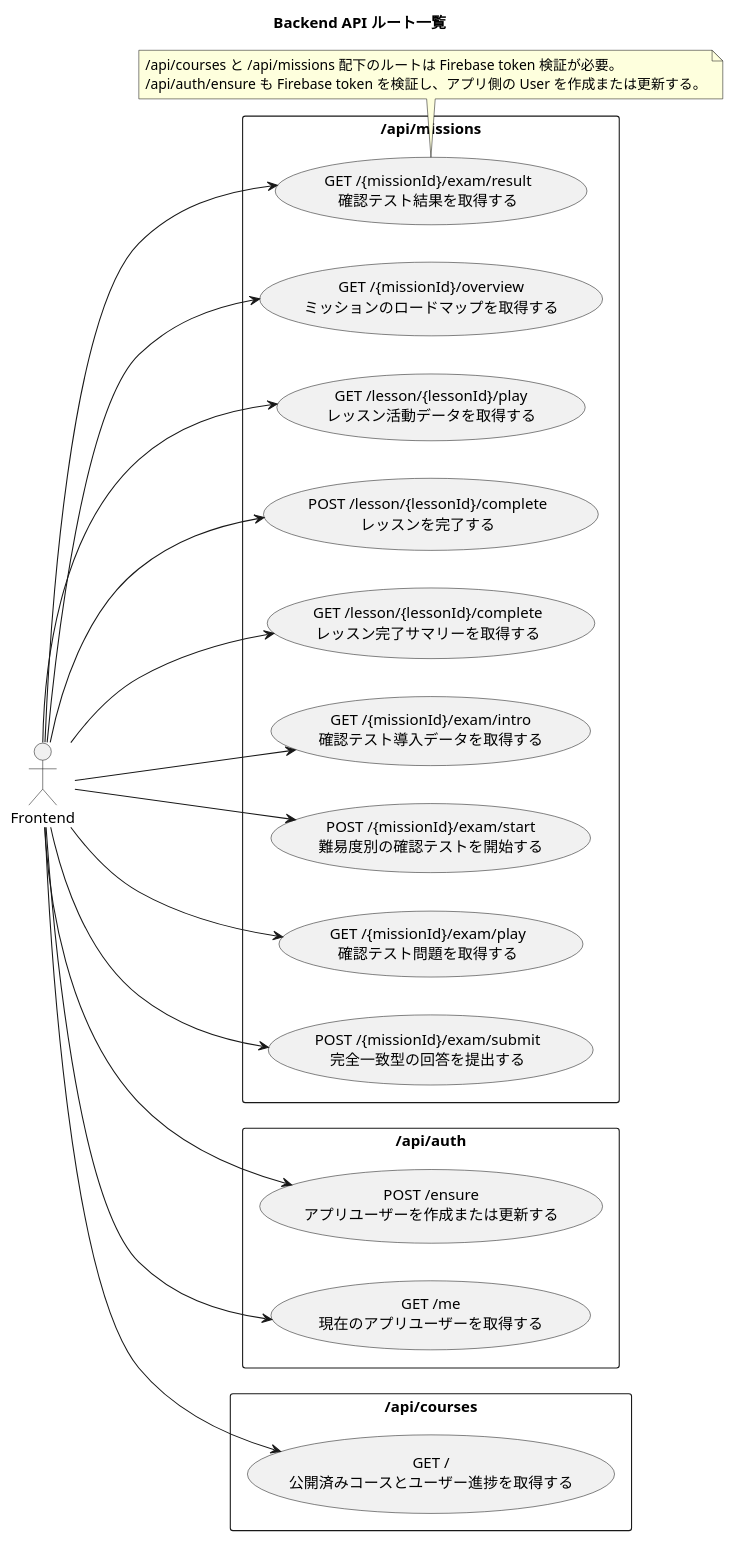
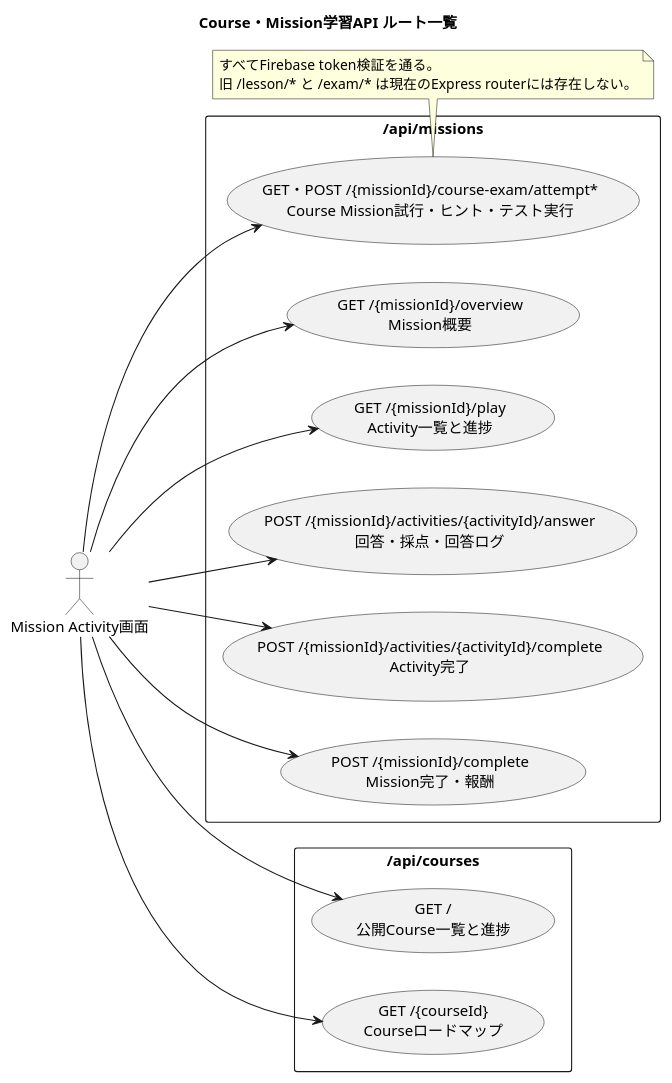
The diagram in docs/figures/api-route-map.puml (BeppuKanato/engineer-quest), drawn with PlantUML before and after one commit. The commit also changed 164 other files, not shown here.

```diff
--- a/docs/figures/api-route-map.puml
+++ b/docs/figures/api-route-map.puml
@@ -1,48 +1,37 @@
 @startuml
-title Backend API ルート一覧
+title Course・Mission学習API ルート一覧
 
 left to right direction
 skinparam packageStyle rectangle
 
-actor "Frontend" as Frontend
-
-package "/api/auth" {
-  usecase "POST /ensure\nアプリユーザーを作成または更新する" as AuthEnsure
-  usecase "GET /me\n現在のアプリユーザーを取得する" as AuthMe
-}
+actor "Mission Activity画面" as Frontend
 
 package "/api/courses" {
-  usecase "GET /\n公開済みコースとユーザー進捗を取得する" as CoursesList
+  usecase "GET /\n公開Course一覧と進捗" as CoursesList
+  usecase "GET /{courseId}\nCourseロードマップ" as CourseRoadmap
 }
 
 package "/api/missions" {
-  usecase "GET /{missionId}/overview\nミッションのロードマップを取得する" as MissionOverview
-  usecase "GET /lesson/{lessonId}/play\nレッスン活動データを取得する" as LessonPlay
-  usecase "POST /lesson/{lessonId}/complete\nレッスンを完了する" as LessonComplete
-  usecase "GET /lesson/{lessonId}/complete\nレッスン完了サマリーを取得する" as LessonCompleteGet
-  usecase "GET /{missionId}/exam/intro\n確認テスト導入データを取得する" as ExamIntro
-  usecase "POST /{missionId}/exam/start\n難易度別の確認テストを開始する" as ExamStart
-  usecase "GET /{missionId}/exam/play\n確認テスト問題を取得する" as ExamPlay
-  usecase "POST /{missionId}/exam/submit\n完全一致型の回答を提出する" as ExamSubmit
-  usecase "GET /{missionId}/exam/result\n確認テスト結果を取得する" as ExamResult
+  usecase "GET /{missionId}/overview\nMission概要" as MissionOverview
+  usecase "GET /{missionId}/play\nActivity一覧と進捗" as MissionPlay
+  usecase "POST /{missionId}/activities/{activityId}/answer\n回答・採点・回答ログ" as ActivityAnswer
+  usecase "POST /{missionId}/activities/{activityId}/complete\nActivity完了" as ActivityComplete
+  usecase "POST /{missionId}/complete\nMission完了・報酬" as MissionComplete
+  usecase "GET・POST /{missionId}/course-exam/attempt*\nCourse Mission試行・ヒント・テスト実行" as CourseExamAttempt
 }
 
-Frontend --> AuthEnsure
-Frontend --> AuthMe
 Frontend --> CoursesList
+Frontend --> CourseRoadmap
 Frontend --> MissionOverview
-Frontend --> LessonPlay
-Frontend --> LessonComplete
-Frontend --> LessonCompleteGet
-Frontend --> ExamIntro
-Frontend --> ExamStart
-Frontend --> ExamPlay
-Frontend --> ExamSubmit
-Frontend --> ExamResult
+Frontend --> MissionPlay
+Frontend --> ActivityAnswer
+Frontend --> ActivityComplete
+Frontend --> MissionComplete
+Frontend --> CourseExamAttempt
 
 note bottom
-  /api/courses と /api/missions 配下のルートは Firebase token 検証が必要。
-  /api/auth/ensure も Firebase token を検証し、アプリ側の User を作成または更新する。
+  すべてFirebase token検証を通る。
+  旧 /lesson/* と /exam/* は現在のExpress routerには存在しない。
 end note
 
 @enduml
```
